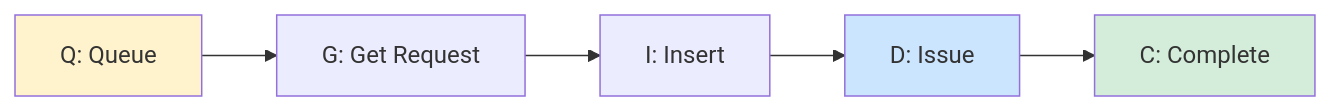
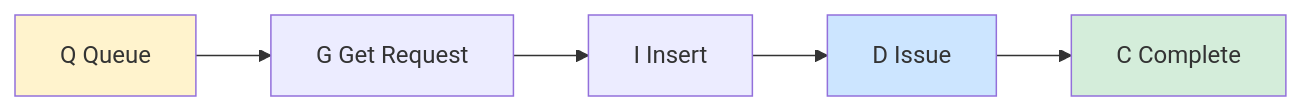
The second of 4 diagrams in content/linux/performance/disk-io-performance.md (moonblueblue/devops-wiki), drawn with Mermaid before and after one commit. The commit also changed 37 other files, not shown here.

First line of the commit message:
style: linux 카테고리 ASCII 도표·Mermaid 라벨 형식 교정

````diff
--- a/content/linux/performance/disk-io-performance.md
+++ b/content/linux/performance/disk-io-performance.md
@@ -205,8 +205,8 @@
 ```mermaid
 graph LR
-    Q["Q: Queue"] --> G["G: Get Request"] --> I["I: Insert"] --> D["D: Issue"] --> C["C: Complete"]
+    Q["Q Queue"] --> G["G Get Request"] --> I["I Insert"] --> D["D Issue"] --> C["C Complete"]
 
     style Q fill:#fff3cd
     style D fill:#cce5ff
     style C fill:#d4edda
 ```
````
